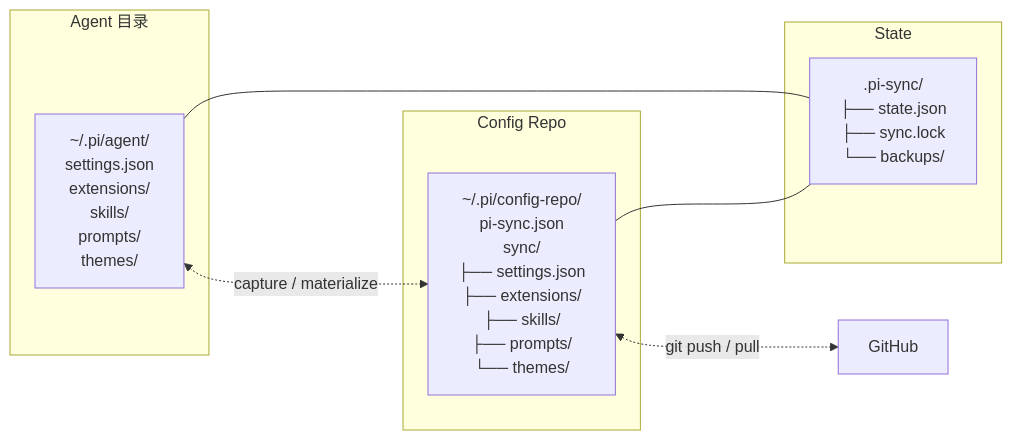
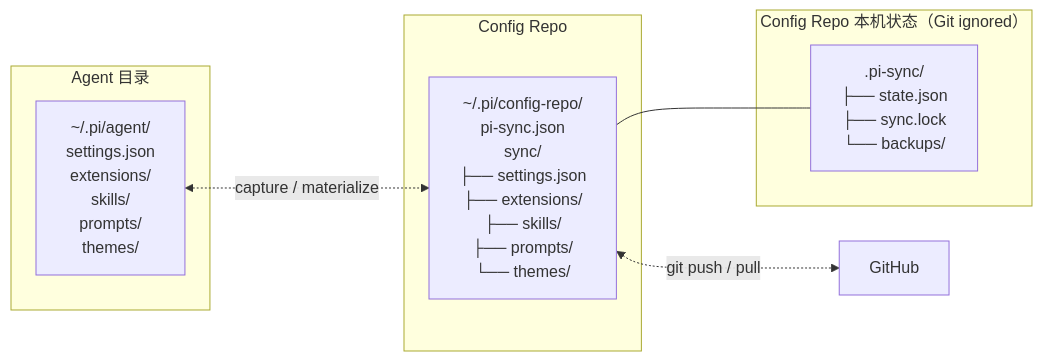
Diagram 12 of 12 in docs/architecture.md (jachy-h/pi-git-sync), drawn with Mermaid before and after one commit. The commit also changed other lines of this file and 17 other files, not shown here.

````diff
--- a/docs/architecture.md
+++ b/docs/architecture.md
@@ -703,19 +703,18 @@
 ```mermaid
 graph LR
     subgraph "Agent 目录"
         AD["~/.pi/agent/<br/>settings.json<br/>extensions/<br/>skills/<br/>prompts/<br/>themes/"]
     end
     
     subgraph "Config Repo"
         CR["~/.pi/config-repo/<br/>pi-sync.json<br/>sync/<br/>  ├── settings.json<br/>  ├── extensions/<br/>  ├── skills/<br/>  ├── prompts/<br/>  └── themes/"]
     end
     
-    subgraph "State"
+    subgraph "Config Repo 本机状态（Git ignored）"
         ST[".pi-sync/<br/>  ├── state.json<br/>  ├── sync.lock<br/>  └── backups/"]
     end
     
     AD <-.->|"capture / materialize"| CR
-    AD --- ST
     CR --- ST
     CR <-.->|"git push / pull"| GitHub
 ```
````
